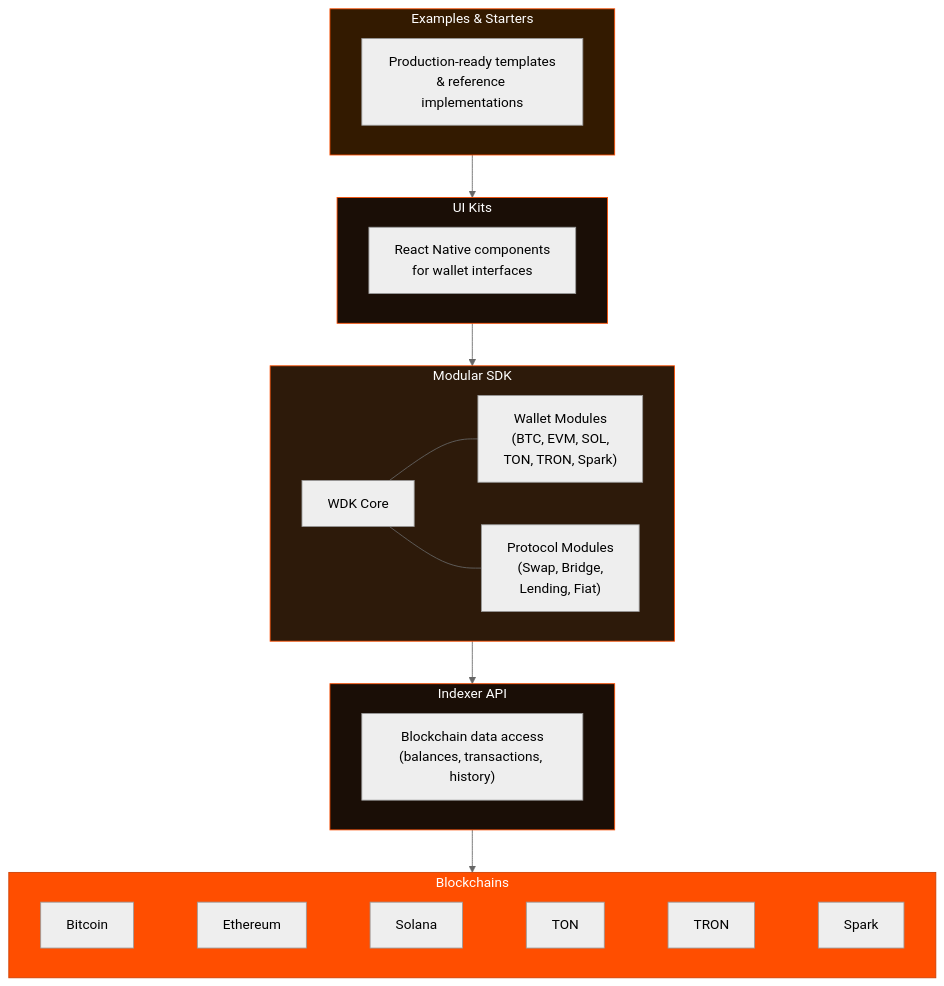
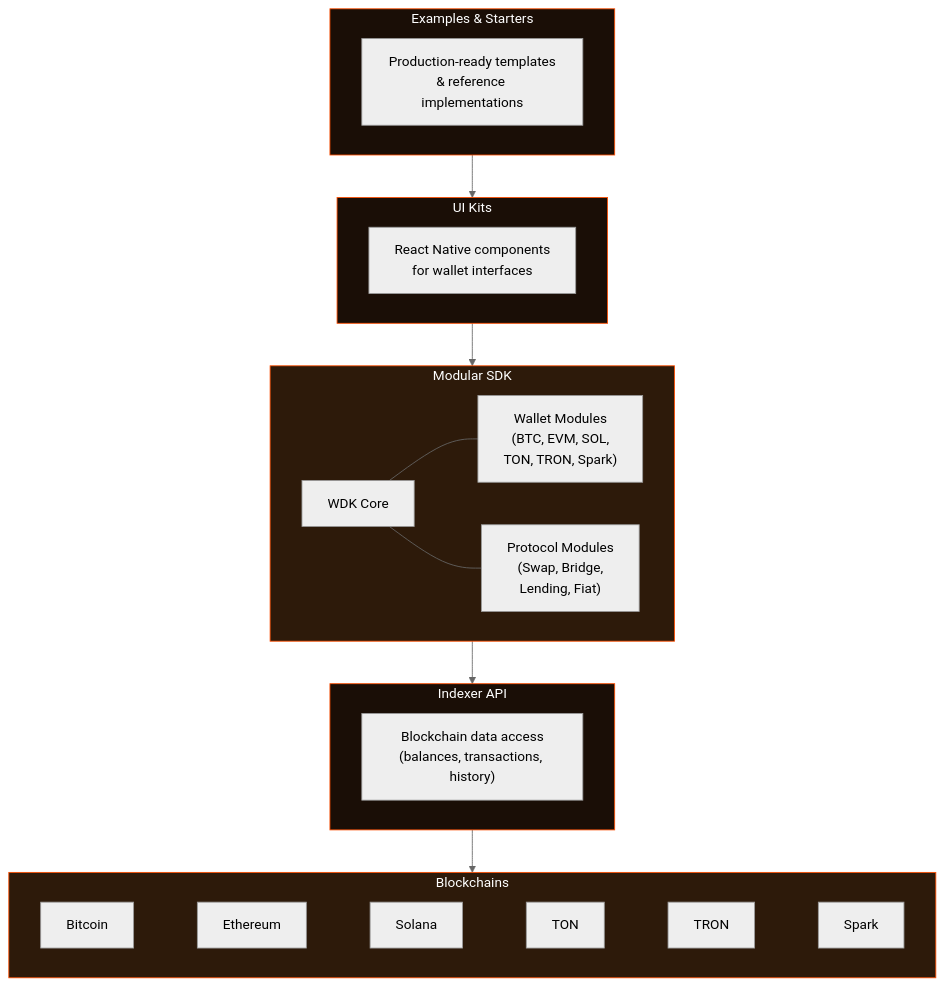
Before and after one commit to gatteo/wdk-docs: the diagram in overview/about.md, drawn with Mermaid (neutral theme).

Commit message:
docs: move WDK stack diagram below cards and use secondary colors

````diff
--- a/overview/about.md
+++ b/overview/about.md
@@ -118,39 +179,39 @@
 ```mermaid
 graph TB
     subgraph Top["Examples & Starters"]
         EX["Production-ready templates\n& reference implementations"]
     end
 
     subgraph UI["UI Kits"]
         UIK["React Native components\nfor wallet interfaces"]
     end
 
     subgraph SDK["Modular SDK"]
         direction LR
         CORE["WDK Core"]
         WALLETS["Wallet Modules\n(BTC, EVM, SOL,\nTON, TRON, Spark)"]
         PROTOS["Protocol Modules\n(Swap, Bridge,\nLending, Fiat)"]
         CORE --- WALLETS
         CORE --- PROTOS
     end
 
     subgraph Data["Indexer API"]
         IDX["Blockchain data access\n(balances, transactions, history)"]
     end
 
     subgraph Chains["Blockchains"]
         direction LR
         B1["Bitcoin"] ~~~ B2["Ethereum"] ~~~ B3["Solana"] ~~~ B4["TON"] ~~~ B5["TRON"] ~~~ B6["Spark"]
     end
 
     Top --> UI
     UI --> SDK
     SDK --> Data
     Data --> Chains
 
-    style Top fill:#331a00,stroke:#FF4E00,color:#fff
+    style Top fill:#1a0e06,stroke:#FF4E00,color:#fff
     style UI fill:#1a0e06,stroke:#FF4E00,color:#fff
     style SDK fill:#2d1a0a,stroke:#FF4E00,color:#fff
     style Data fill:#1a0e06,stroke:#FF4E00,color:#fff
-    style Chains fill:#FF4E00,stroke:#cc3e00,color:#fff
+    style Chains fill:#2d1a0a,stroke:#FF4E00,color:#fff
 ```
````
